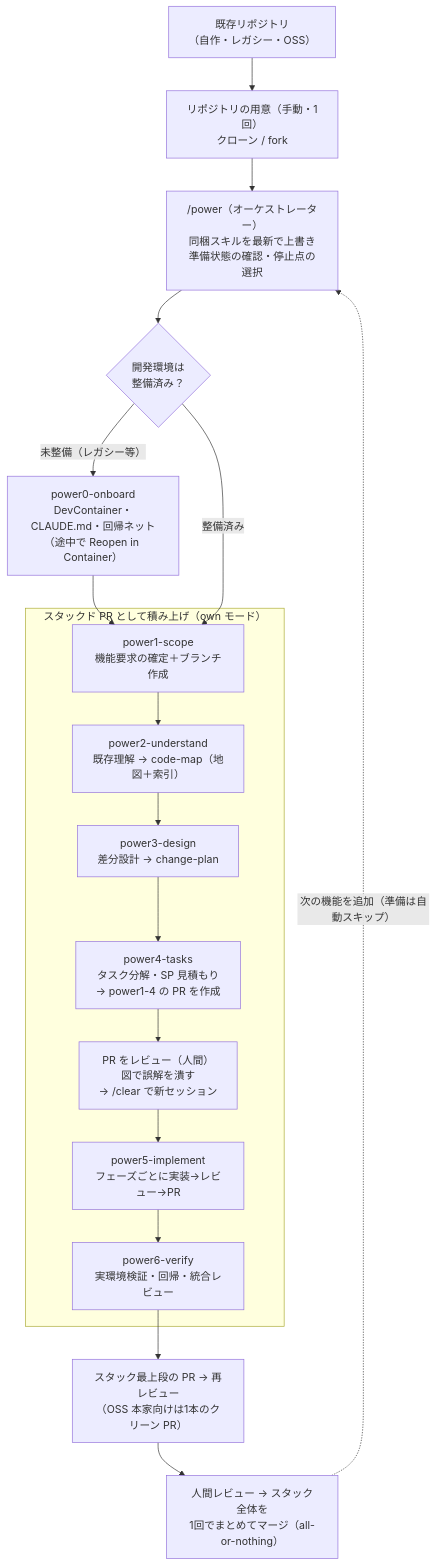
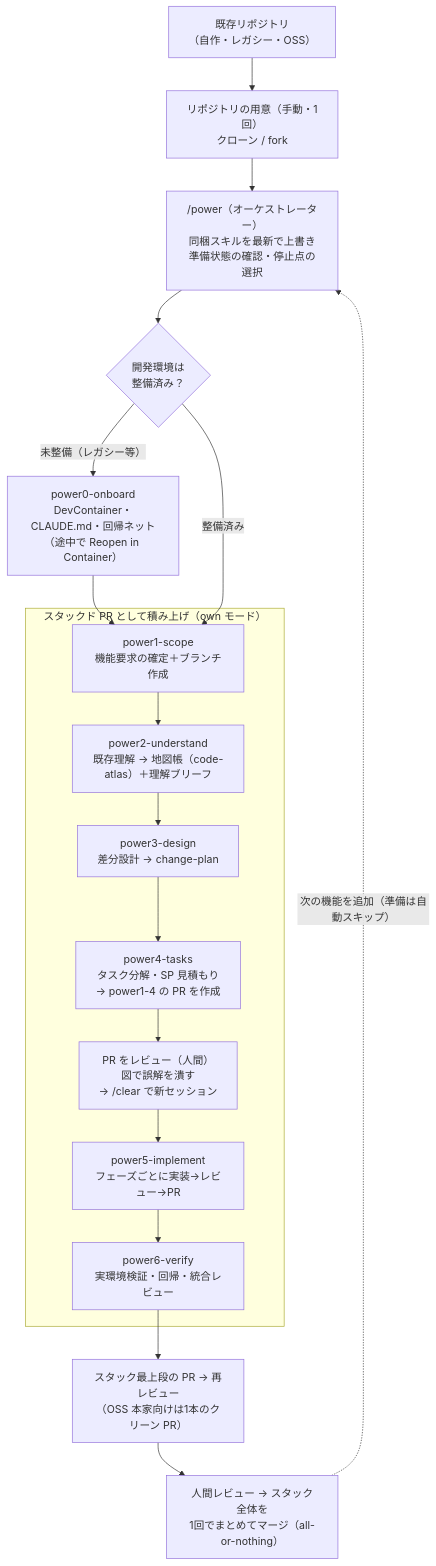
One commit to acs-sa-okamoto/claudecode-template-for-devcontainer changed the diagram in .claude/skills-catalog/02-途中から開発スキル.md. Above: the diagram before and after it, drawn with Mermaid. The commit also changed other lines of this file and 51 other files, not shown here.

First line of the commit message:
feat(skills): コードの地図帳 code-atlas と仕様の片付け spec-archive を追加し、power を地図帳に切り替える

````diff
--- a/.claude/skills-catalog/02-途中から開発スキル.md
+++ b/.claude/skills-catalog/02-途中から開発スキル.md
@@ -39,22 +40,22 @@
 ```mermaid
 flowchart TD
     A["既存リポジトリ<br>（自作・レガシー・OSS）"] --> PREP["リポジトリの用意（手動・1回）<br>クローン / fork"]
     PREP --> PWR["/power（オーケストレーター）<br>同梱スキルを最新で上書き<br>準備状態の確認・停止点の選択"]
     PWR --> GATE{"開発環境は<br>整備済み？"}
     GATE -->|"未整備（レガシー等）"| P0["power0-onboard<br>DevContainer・CLAUDE.md・回帰ネット<br>（途中で Reopen in Container）"]
     P0 --> P1
     GATE -->|"整備済み"| P1
 
     subgraph PIPE["スタックド PR として積み上げ（own モード）"]
-        P1["power1-scope<br>機能要求の確定＋ブランチ作成"] --> P2["power2-understand<br>既存理解 → code-map（地図＋索引）"]
+        P1["power1-scope<br>機能要求の確定＋ブランチ作成"] --> P2["power2-understand<br>既存理解 → 地図帳（code-atlas）＋理解ブリーフ"]
         P2 --> P3["power3-design<br>差分設計 → change-plan"]
         P3 --> P4["power4-tasks<br>タスク分解・SP 見積もり<br>→ power1-4 の PR を作成"]
         P4 --> REV["PR をレビュー（人間）<br>図で誤解を潰す<br>→ /clear で新セッション"]
         REV --> P5["power5-implement<br>フェーズごとに実装→レビュー→PR"]
         P5 --> P6["power6-verify<br>実環境検証・回帰・統合レビュー"]
     end
 
     P6 --> PR["スタック最上段の PR → 再レビュー<br>（OSS 本家向けは1本のクリーン PR）"]
     PR --> DONE["人間レビュー → スタック全体を<br>1回でまとめてマージ（all-or-nothing）"]
     DONE -.->|"次の機能を追加（準備は自動スキップ）"| PWR
 ```
````
